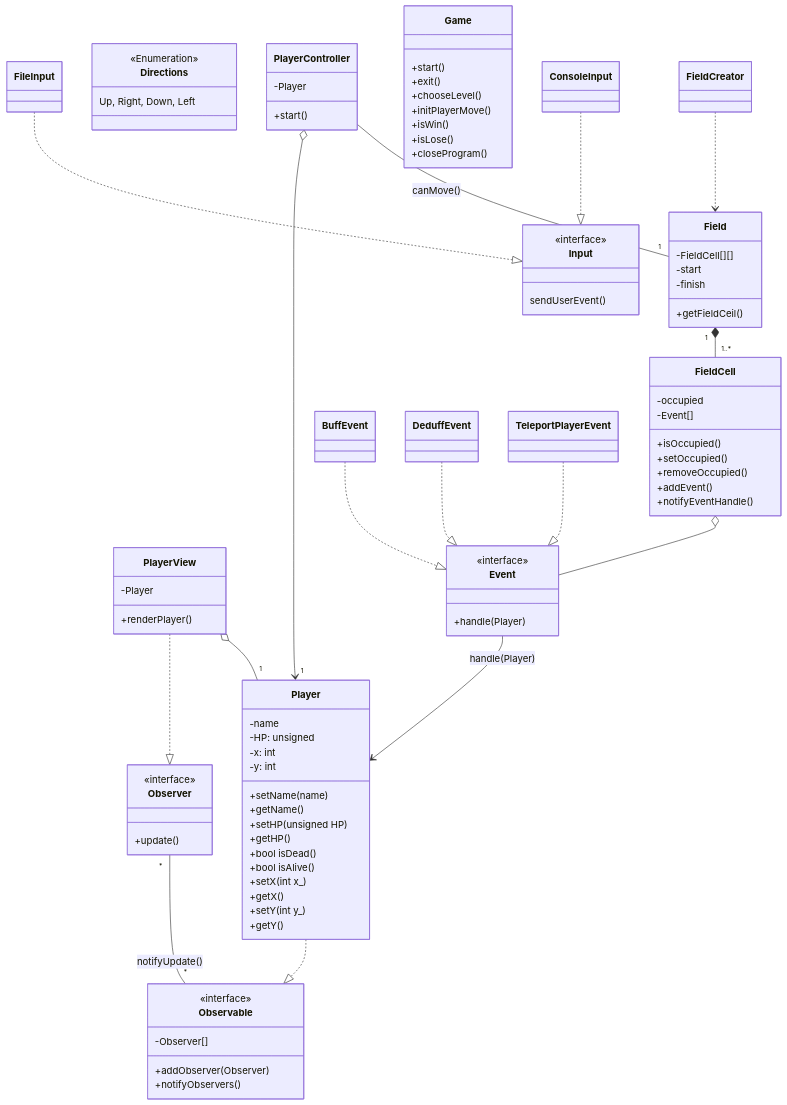
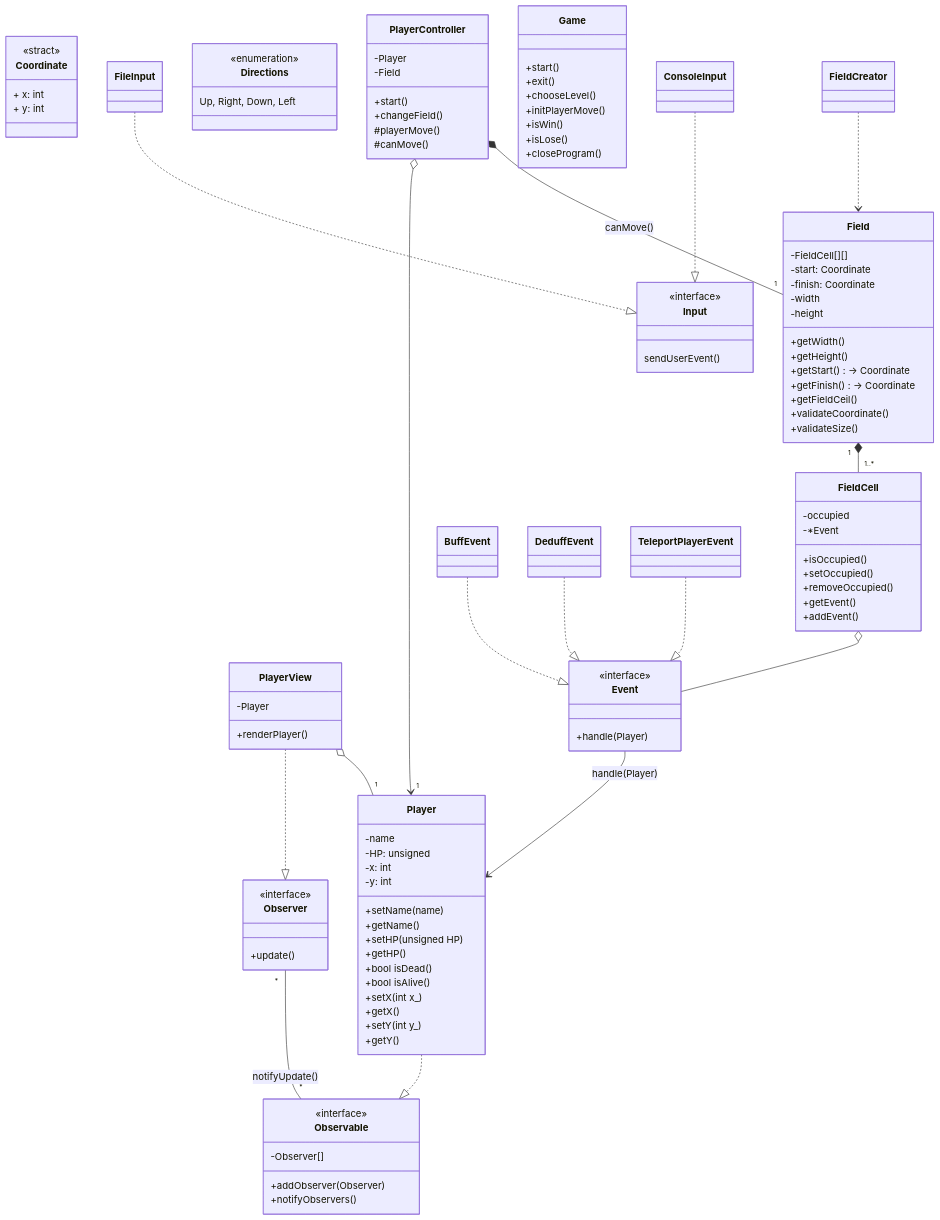
Before and after one commit to TeUm3048/oop_zhandirych: the diagram in future.md, drawn with Mermaid.

Commit message:
Update Future

```diff
--- a/future.md
+++ b/future.md
@@ -3,9 +3,18 @@
 Title: Class diagram
 ---
 classDiagram
+    class Coordinate {
+        <<stract>>
+        + x: int
+        + y: int
+    }
     class PlayerController {
         +start()
         -Player
+        -Field
+        +changeField()
+        #playerMove()
+        #canMove()
     }
     class Observable {
         <<interface>>
@@ -38,23 +47,31 @@
         +renderPlayer()
     }
     class Directions {
-        <<Enumeration>>
+        <<enumeration>>
         Up, Right, Down, Left
     }
     class FieldCell {
         -occupied
-        -Event[]
+        -*Event
         +isOccupied()
         +setOccupied()
         +removeOccupied()
+        +getEvent()
         +addEvent()
-        +notifyEventHandle()
     }
     class Field {
         -FieldCell[][]
-        -start
-        -finish
+        -start: Coordinate
+        -finish: Coordinate
+        -width
+        -height
+        +getWidth()
+        +getHeight()
+        +getStart() -> Coordinate
+        +getFinish() -> Coordinate
         +getFieldCeil()
+        +validateCoordinate()
+        +validateSize()
     }
 
     class Event {
@@ -89,8 +106,9 @@
     PlayerView o-- "1" Player
     PlayerController o--> "1" Player
     Field "1" *-- "1..*" FieldCell
-    PlayerController -- "1" Field: canMove()
+    PlayerController *-- "1" Field: canMove()
     FieldCell o-- Event
+    
     BuffEvent ..|> Event
     DeduffEvent ..|> Event
     TeleportPlayerEvent ..|> Event
```
